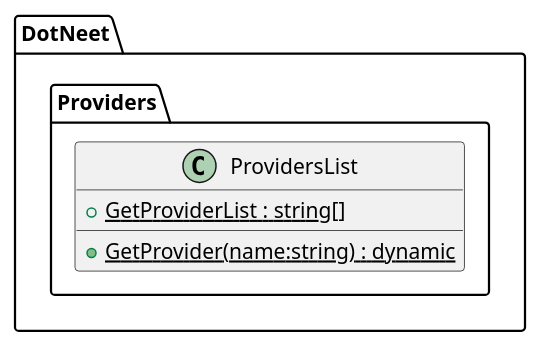
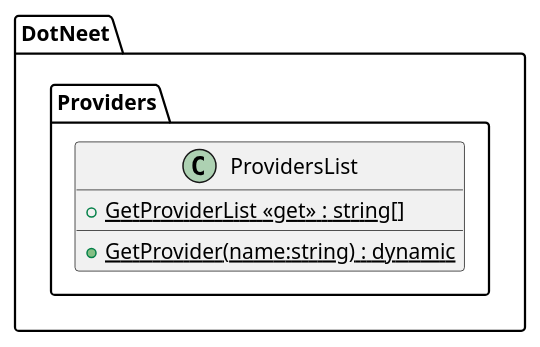
The diagram in UML/Providers/Providers.puml (newbee1905/DotNeet), drawn with PlantUML before and after one commit. The commit also changed 20 other files, not shown here.

Commit message:
feat: add a new provider and change getpage to only get an url

```diff
--- a/UML/Providers/Providers.puml
+++ b/UML/Providers/Providers.puml
@@ -1,8 +1,10 @@
 @startuml
-namespace DotNeet.Providers {
-	class ProvidersList {
-		+ {static} GetProviderList : string[]
-		+ {static} GetProvider(name:string) : dynamic
+namespace DotNeet {
+	namespace DotNeet.Providers {
+		class ProvidersList {
+			+ {static} GetProviderList <<get>> : string[]
+			+ {static} GetProvider(name:string) : dynamic
+		}
 	}
 }
 @enduml
```
